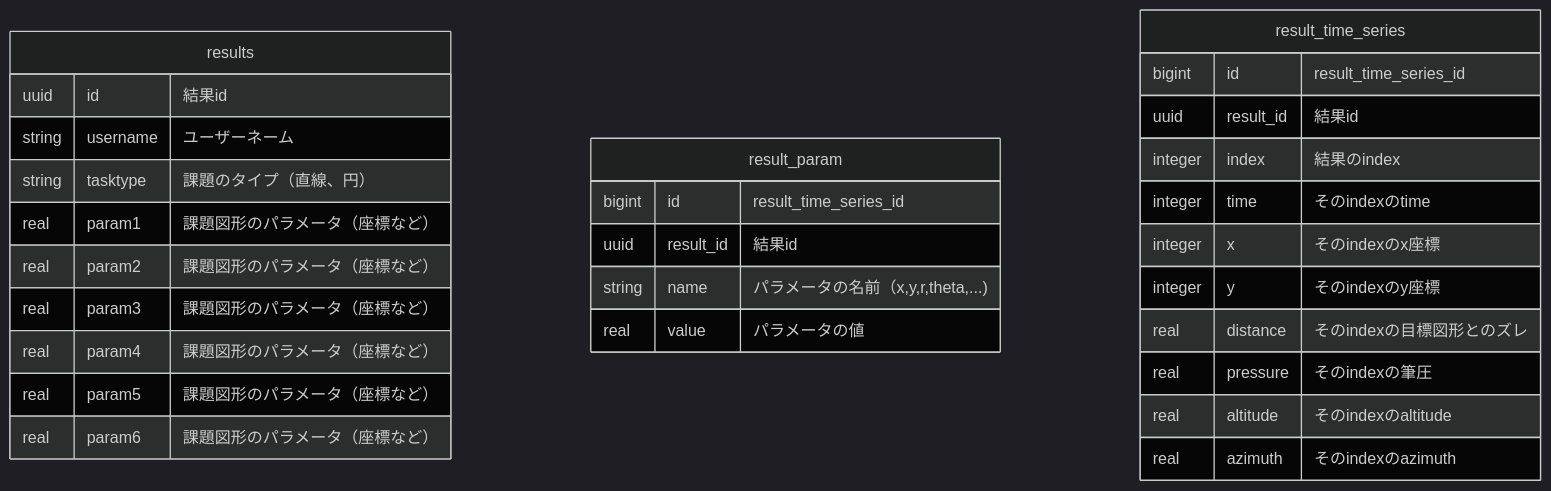
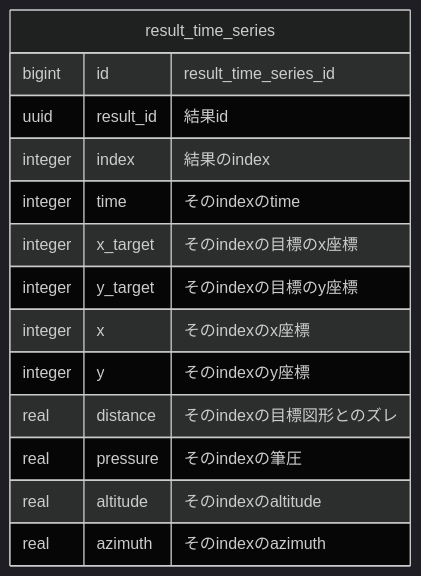
Before and after one commit to toshikinagahama/sketch_hit: the sixth of 6 diagrams in README.md, drawn with Mermaid (dark theme). The commit also changed other lines of this file and 23 other files, not shown here.

````diff
--- a/README.md
+++ b/README.md
@@ -66,35 +96,17 @@
 ```mermaid
 erDiagram
-
-results {
-  uuid   id "結果id"
-  string username "ユーザーネーム"
-  string tasktype "課題のタイプ（直線、円）" 
-  real   param1   "課題図形のパラメータ（座標など）"
-  real   param2   "課題図形のパラメータ（座標など）" 
-  real   param3   "課題図形のパラメータ（座標など）"
-  real   param4   "課題図形のパラメータ（座標など）"
-  real   param5   "課題図形のパラメータ（座標など）"
-  real   param6   "課題図形のパラメータ（座標など）"
-}
-
-result_param {
-  bigint id      "result_time_series_id"
-  uuid result_id "結果id"
-  string name    "パラメータの名前（x,y,r,theta,...)"
-  real value     "パラメータの値"
-}
-
 result_time_series {
-  bigint id      "result_time_series_id"
-  uuid result_id "結果id"
-  integer index  "結果のindex"
-  integer time   "そのindexのtime"
-  integer x      "そのindexのx座標"
-  integer y      "そのindexのy座標"
-  real distance  "そのindexの目標図形とのズレ" 
-  real pressure  "そのindexの筆圧" 
-  real altitude  "そのindexのaltitude" 
-  real azimuth   "そのindexのazimuth" 
+  bigint id        "result_time_series_id"
+  uuid result_id   "結果id"
+  integer index    "結果のindex"
+  integer time     "そのindexのtime"
+  integer x_target "そのindexの目標のx座標"
+  integer y_target "そのindexの目標のy座標"
+  integer x        "そのindexのx座標"
+  integer y        "そのindexのy座標"
+  real distance    "そのindexの目標図形とのズレ" 
+  real pressure    "そのindexの筆圧" 
+  real altitude    "そのindexのaltitude" 
+  real azimuth     "そのindexのazimuth" 
 }
 ```
````
